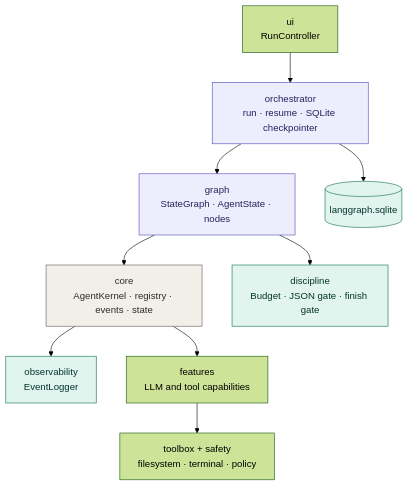
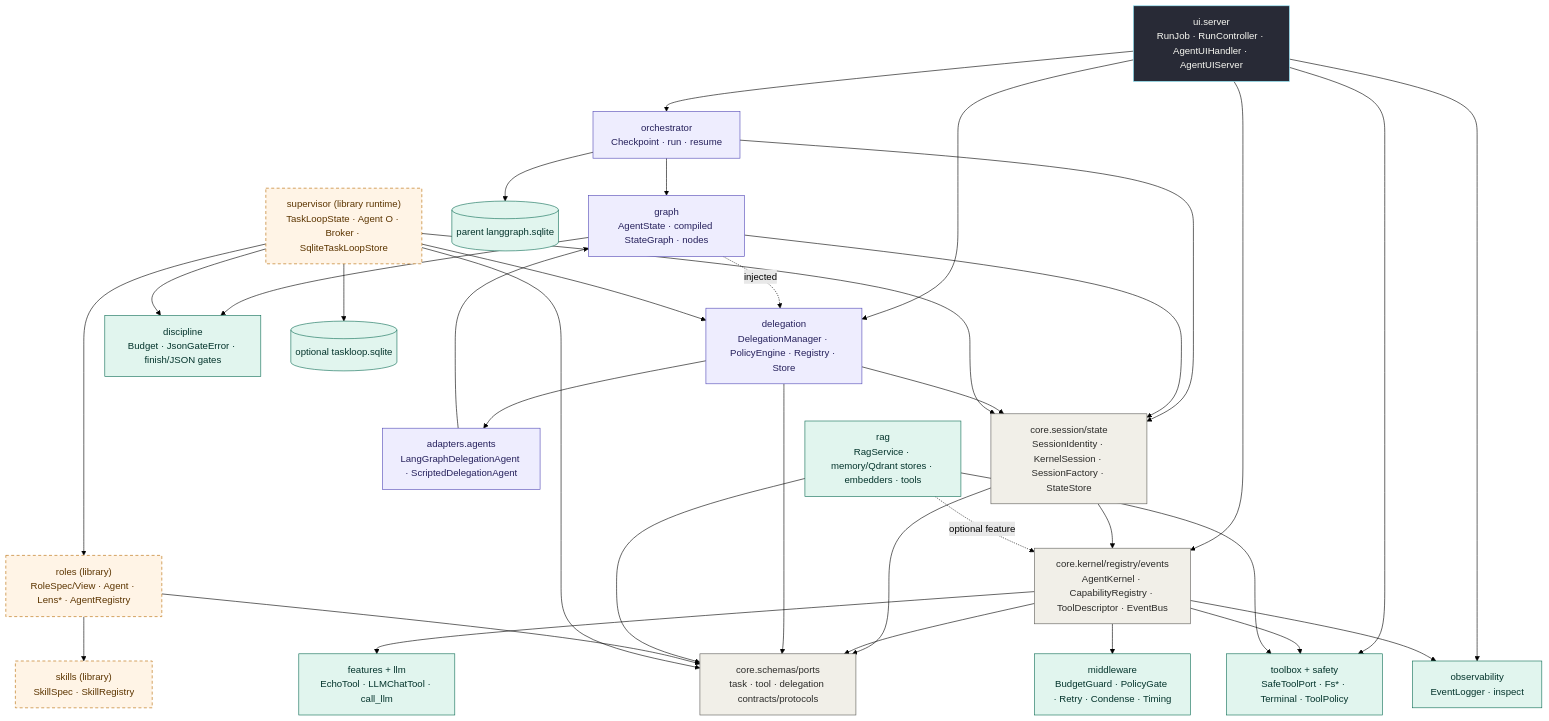
One commit to larvaai/hex_agent changed the diagram in docs/class_dependency.mermaid. Above: the diagram before and after it, drawn with Mermaid (forest theme). The commit also changed 118 other files, not shown here.

```diff
--- a/docs/class_dependency.mermaid
+++ b/docs/class_dependency.mermaid
@@ -1,27 +1,75 @@
 flowchart TD
-    ui["ui<br/>RunController"]
-    orchestrator["orchestrator<br/>run · resume · SQLite checkpointer"]
-    graph_["graph<br/>StateGraph · AgentState · nodes"]
-    core["core<br/>AgentKernel · registry · events · state"]
-    discipline["discipline<br/>Budget · JSON gate · finish gate"]
-    observability["observability<br/>EventLogger"]
-    features["features<br/>LLM and tool capabilities"]
-    toolbox["toolbox + safety<br/>filesystem · terminal · policy"]
-    sqlite[("langgraph.sqlite")]
+    ui["ui.server<br/>RunJob · RunController · AgentUIHandler · AgentUIServer"]
+
+    orchestrator["orchestrator<br/>Checkpoint · run · resume"]
+    graph_["graph<br/>AgentState · compiled StateGraph · nodes"]
+    session["core.session/state<br/>SessionIdentity · KernelSession · SessionFactory · StateStore"]
+    kernel["core.kernel/registry/events<br/>AgentKernel · CapabilityRegistry · ToolDescriptor · EventBus"]
+    contracts["core.schemas/ports<br/>task · tool · delegation contracts/protocols"]
+
+    delegation["delegation<br/>DelegationManager · PolicyEngine · Registry · Store"]
+    adapters["adapters.agents<br/>LangGraphDelegationAgent · ScriptedDelegationAgent"]
+
+    features["features + llm<br/>EchoTool · LLMChatTool · call_llm"]
+    toolbox["toolbox + safety<br/>SafeToolPort · Fs* · Terminal · ToolPolicy"]
+    middleware["middleware<br/>BudgetGuard · PolicyGate · Retry · Condense · Timing"]
+    discipline["discipline<br/>Budget · JsonGateError · finish/JSON gates"]
+    observability["observability<br/>EventLogger · inspect"]
+    sqlite[("parent langgraph.sqlite")]
+    taskloop_sqlite[("optional taskloop.sqlite")]
+
+    rag["rag<br/>RagService · memory/Qdrant stores · embedders · tools"]
+    skills["skills (library)<br/>SkillSpec · SkillRegistry"]
+    roles["roles (library)<br/>RoleSpec/View · Agent · Lens* · AgentRegistry"]
+    supervisor["supervisor (library runtime)<br/>TaskLoopState · Agent O · Broker · SqliteTaskLoopStore"]
 
     ui --> orchestrator
+    ui --> kernel
+    ui --> delegation
+    ui --> observability
+    ui --> toolbox
+
     orchestrator --> graph_
+    orchestrator --> session
     orchestrator --> sqlite
-    graph_ --> core
+    graph_ --> session
     graph_ --> discipline
-    core --> features
-    features --> toolbox
-    core --> observability
+    graph_ -. injected .-> delegation
 
-    classDef kernel fill:#F1EFE8,stroke:#5F5E5A,color:#2C2C2A;
+    session --> kernel
+    session --> contracts
+    kernel --> contracts
+    kernel --> features
+    kernel --> toolbox
+    kernel --> middleware
+    kernel --> observability
+
+    delegation --> session
+    delegation --> contracts
+    delegation --> adapters
+    adapters --> graph_
+
+    rag -. optional feature .-> kernel
+    rag --> contracts
+    rag --> toolbox
+
+    roles --> skills
+    roles --> contracts
+    supervisor --> roles
+    supervisor --> discipline
+    supervisor --> session
+    supervisor --> delegation
+    supervisor --> contracts
+    supervisor --> taskloop_sqlite
+
+    classDef boundary fill:#282A36,stroke:#8BE9FD,color:#F8F8F2;
     classDef runtime fill:#EEEDFE,stroke:#534AB7,color:#26215C;
+    classDef core fill:#F1EFE8,stroke:#5F5E5A,color:#2C2C2A;
     classDef support fill:#E1F5EE,stroke:#0F6E56,color:#04342C;
+    classDef library fill:#FFF4E6,stroke:#B86B00,color:#5C3500,stroke-dasharray: 5 4;
 
-    class core kernel;
-    class graph_,orchestrator runtime;
-    class discipline,observability,sqlite support;
+    class ui boundary;
+    class orchestrator,graph_,delegation,adapters runtime;
+    class session,kernel,contracts core;
+    class features,toolbox,middleware,discipline,observability,sqlite,taskloop_sqlite,rag support;
+    class skills,roles,supervisor library;
```
